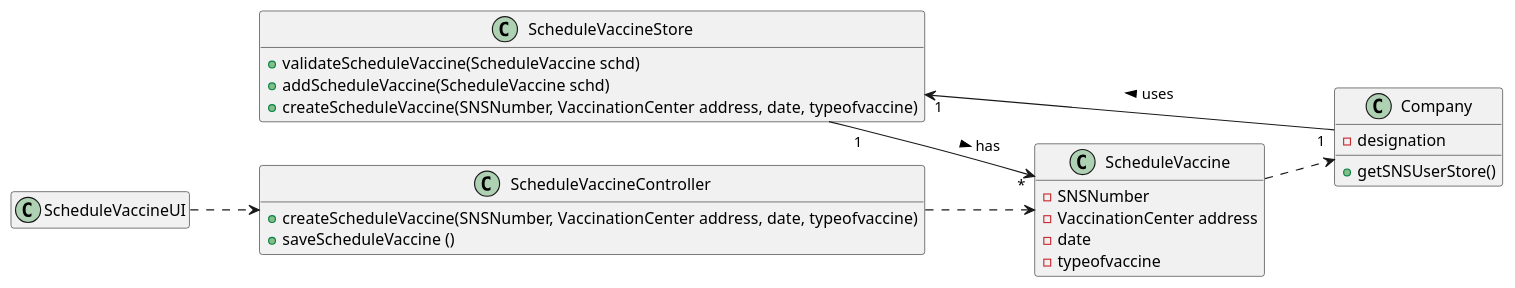
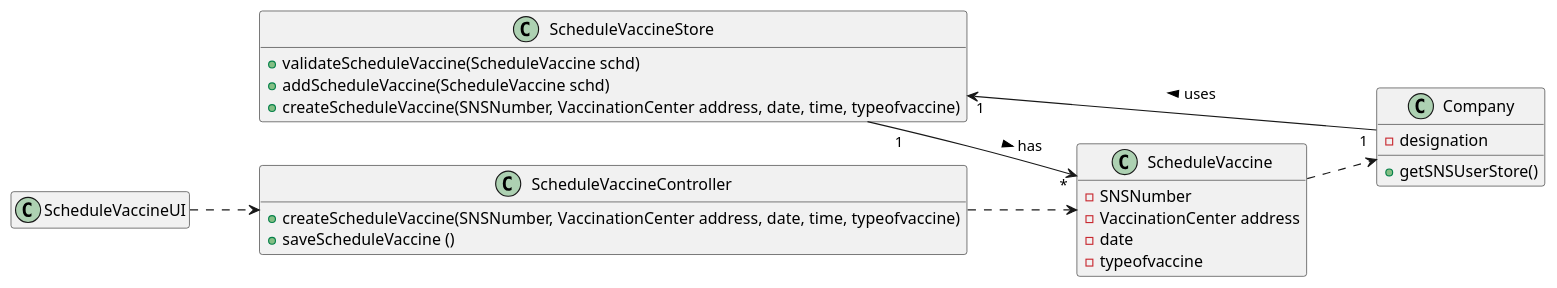
One commit to PedroMesquita1211171/VaccinationManager changed the diagram in docs/SprintC/US/US2/US002_CD.puml. Above: the diagram before and after it, drawn with PlantUML. The commit also changed 12 other files, not shown here.

```diff
--- a/docs/SprintC/US/US2/US002_CD.puml
+++ b/docs/SprintC/US/US2/US002_CD.puml
@@ -1,40 +1,40 @@
 @startuml
 'https://plantuml.com/class-diagram
 
 hide empty members
 left to right direction
 
 class ScheduleVaccineStore {
 
 + validateScheduleVaccine(ScheduleVaccine schd)
 + addScheduleVaccine(ScheduleVaccine schd)
-+ createScheduleVaccine(SNSNumber, VaccinationCenter address, date, typeofvaccine)
++ createScheduleVaccine(SNSNumber, VaccinationCenter address, date, time, typeofvaccine)
 }
 
 class ScheduleVaccineUI{
 }
 
 class ScheduleVaccineController{
-+ createScheduleVaccine(SNSNumber, VaccinationCenter address, date, typeofvaccine)
++ createScheduleVaccine(SNSNumber, VaccinationCenter address, date, time, typeofvaccine)
 + saveScheduleVaccine ()
 }
 
 class ScheduleVaccine{
 -SNSNumber
 -VaccinationCenter address
 -date
 -typeofvaccine
 }
 
 class Company {
 - designation
 + getSNSUserStore()
 }
 
 ScheduleVaccineUI ..> ScheduleVaccineController
 ScheduleVaccineController ..> ScheduleVaccine
 ScheduleVaccine ..> Company
 Company "1" --> "1" ScheduleVaccineStore: uses >
 ScheduleVaccineStore "1" --> "*" ScheduleVaccine: has >
 
 @enduml
```
